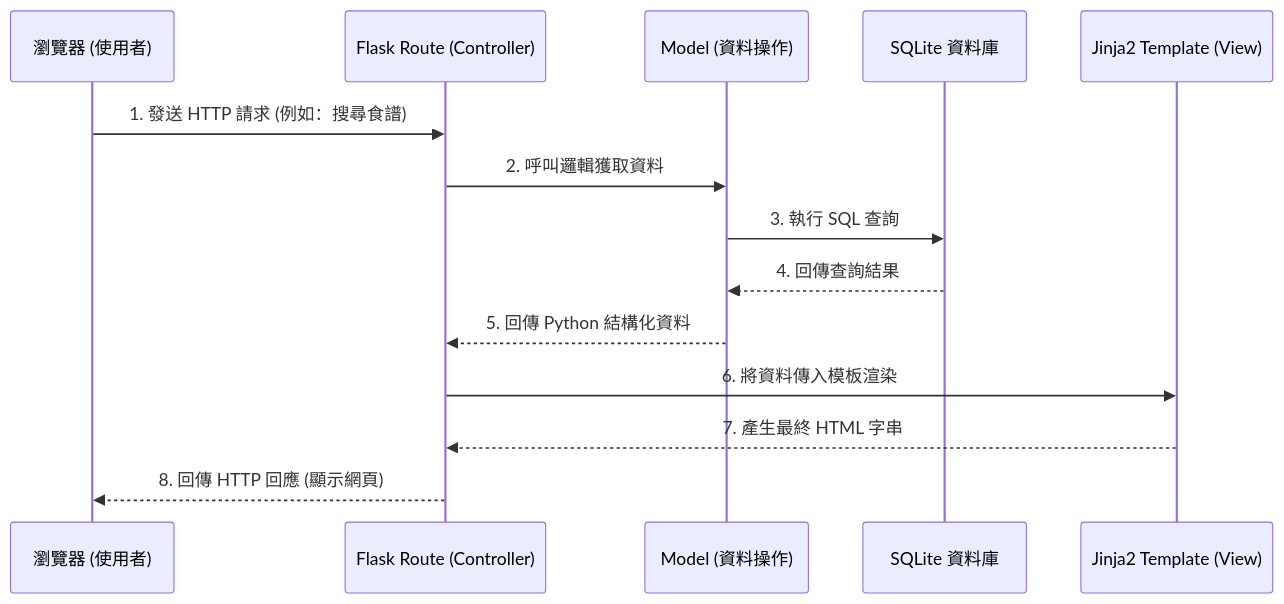
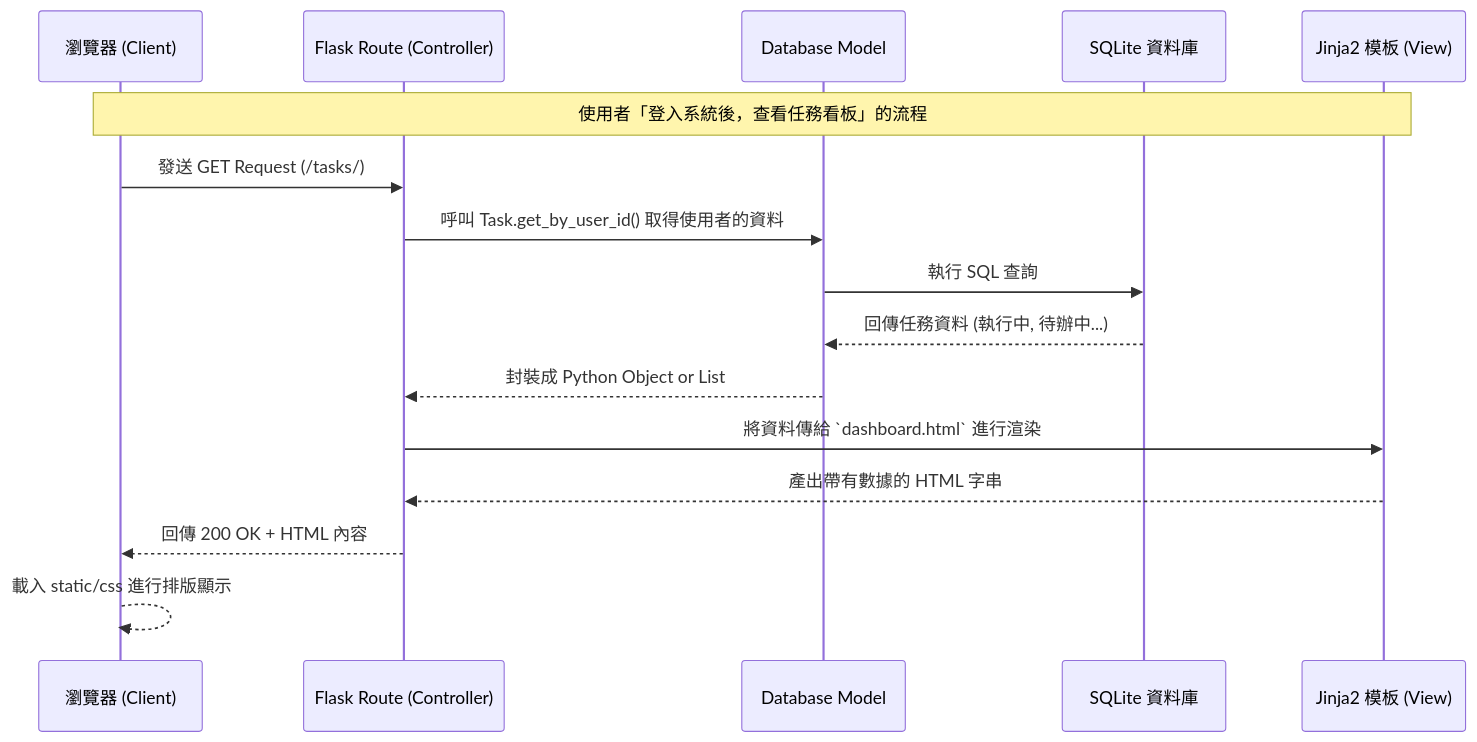
Before and after one commit to dog13166-svg/web_app_development: the diagram in docs/ARCHITECTURE.md, drawn with Mermaid. The commit also changed other lines of this file, not shown here.

Commit message:
docs: add ARCHITECTURE

````diff
--- a/docs/ARCHITECTURE.md
+++ b/docs/ARCHITECTURE.md
@@ -57,17 +67,20 @@
 ```mermaid
 sequenceDiagram
-    participant Browser as 瀏覽器 (使用者)
+    participant Browser as 瀏覽器 (Client)
     participant Route as Flask Route (Controller)
-    participant Model as Model (資料操作)
+    participant Model as Database Model
     participant DB as SQLite 資料庫
-    participant Template as Jinja2 Template (View)
+    participant Template as Jinja2 模板 (View)
 
-    Browser->>Route: 1. 發送 HTTP 請求 (例如：搜尋食譜)
-    Route->>Model: 2. 呼叫邏輯獲取資料
-    Model->>DB: 3. 執行 SQL 查詢
-    DB-->>Model: 4. 回傳查詢結果
-    Model-->>Route: 5. 回傳 Python 結構化資料
-    Route->>Template: 6. 將資料傳入模板渲染
-    Template-->>Route: 7. 產生最終 HTML 字串
-    Route-->>Browser: 8. 回傳 HTTP 回應 (顯示網頁)
+    Note over Browser, Template: 使用者「登入系統後，查看任務看板」的流程
+    
+    Browser->>Route: 發送 GET Request (/tasks/)
+    Route->>Model: 呼叫 Task.get_by_user_id() 取得使用者的資料
+    Model->>DB: 執行 SQL 查詢
+    DB-->>Model: 回傳任務資料 (執行中, 待辦中...)
+    Model-->>Route: 封裝成 Python Object or List
+    Route->>Template: 將資料傳給 `dashboard.html` 進行渲染
+    Template-->>Route: 產出帶有數據的 HTML 字串
+    Route-->>Browser: 回傳 200 OK + HTML 內容
+    Browser-->>Browser: 載入 static/css 進行排版顯示
 ```
````
